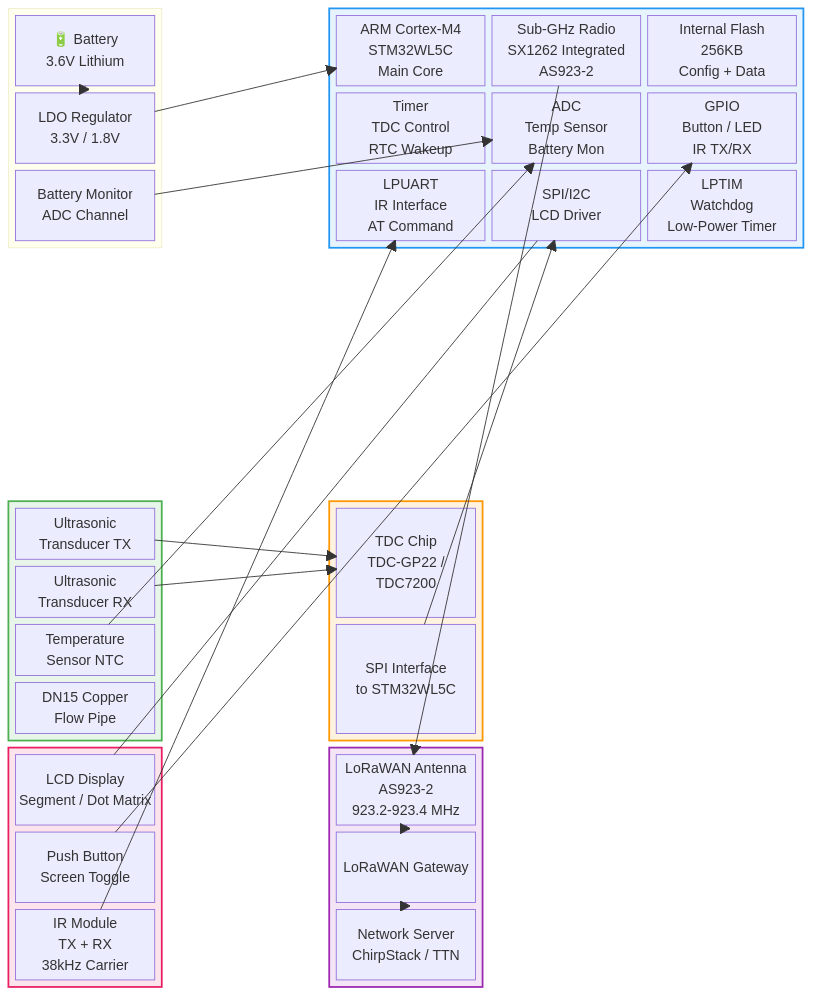
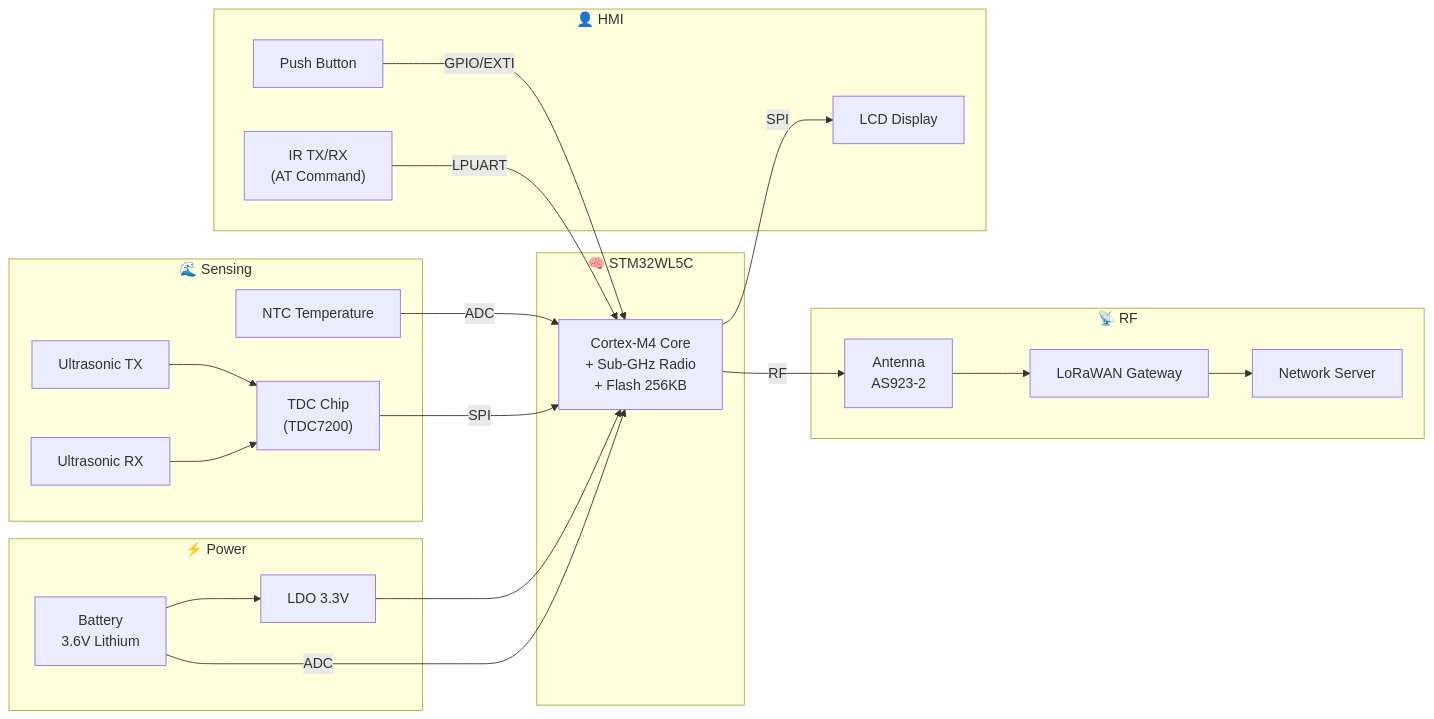
The first of 8 diagrams in documentation/DUT/Firmware_Flowchart_BlockDiagram.md (tuantran0707/WM), drawn with Mermaid before and after one commit. The commit also changed other lines of this file, not shown here.

Commit message:
fix firmware flowchart block diagram

````diff
--- a/documentation/DUT/Firmware_Flowchart_BlockDiagram.md
+++ b/documentation/DUT/Firmware_Flowchart_BlockDiagram.md
@@ -9,87 +9,43 @@
 ```mermaid
-block-beta
-columns 5
+flowchart LR
+    subgraph PWR["⚡ Power"]
+        BAT["Battery<br/>3.6V Lithium"]
+        LDO["LDO 3.3V"]
+        BAT --> LDO
+    end
 
-block:POWER:1
-  columns 1
-  BAT["🔋 Battery\n3.6V Lithium"]
-  LDO["LDO Regulator\n3.3V / 1.8V"]
-  BMON["Battery Monitor\nADC Channel"]
-end
+    subgraph SENS["🌊 Sensing"]
+        US_TX["Ultrasonic TX"]
+        US_RX["Ultrasonic RX"]
+        NTC["NTC Temperature"]
+        TDC["TDC Chip<br/>(TDC7200)"]
+        US_TX --> TDC
+        US_RX --> TDC
+    end
 
-space
+    subgraph MCU["🧠 STM32WL5C"]
+        CORE["Cortex-M4 Core<br/>+ Sub-GHz Radio<br/>+ Flash 256KB"]
+    end
 
-block:MCU:3
-  columns 3
-  style MCU fill:#e8f4fd,stroke:#2196F3,stroke-width:2px
+    subgraph HMI["👤 HMI"]
+        LCD["LCD Display"]
+        BTN["Push Button"]
+        IR["IR TX/RX<br/>(AT Command)"]
+    end
 
-  CORE["ARM Cortex-M4\nSTM32WL5C\nMain Core"]
-  LORA_RF["Sub-GHz Radio\nSX1262 Integrated\nAS923-2"]
-  FLASH["Internal Flash\n256KB\nConfig + Data"]
+    subgraph RF["📡 RF"]
+        ANT["Antenna<br/>AS923-2"]
+        GW["LoRaWAN Gateway"]
+        SRV["Network Server"]
+    end
 
-  TIM["Timer\nTDC Control\nRTC Wakeup"]
-  ADC["ADC\nTemp Sensor\nBattery Mon"]
-  GPIO["GPIO\nButton / LED\nIR TX/RX"]
-
-  LPUART["LPUART\nIR Interface\nAT Command"]
-  SPI_I["SPI/I2C\nLCD Driver"]
-  LPTIM["LPTIM\nWatchdog\nLow-Power Timer"]
-end
-
-space:5
-
-block:SENSORS:1
-  columns 1
-  style SENSORS fill:#e8f5e9,stroke:#4CAF50,stroke-width:2px
-  US_TX["Ultrasonic\nTransducer TX"]
-  US_RX["Ultrasonic\nTransducer RX"]
-  TEMP["Temperature\nSensor NTC"]
-  PIPE["DN15 Copper\nFlow Pipe"]
-end
-
-space
-
-block:TDC_BLOCK:1
-  columns 1
-  style TDC_BLOCK fill:#fff3e0,stroke:#FF9800,stroke-width:2px
-  TDC["TDC Chip\nTDC-GP22 /\nTDC7200"]
-  TDC_SPI["SPI Interface\nto STM32WL5C"]
-end
-
-space:2
-
-block:HMI:1
-  columns 1
-  style HMI fill:#fce4ec,stroke:#E91E63,stroke-width:2px
-  LCD["LCD Display\nSegment / Dot Matrix"]
-  BTN["Push Button\nScreen Toggle"]
-  IR_MOD["IR Module\nTX + RX\n38kHz Carrier"]
-end
-
-space
-
-block:COMM:1
-  columns 1
-  style COMM fill:#f3e5f5,stroke:#9C27B0,stroke-width:2px
-  ANT["LoRaWAN Antenna\nAS923-2\n923.2-923.4 MHz"]
-  GW["LoRaWAN Gateway"]
-  SRV["Network Server\nChirpStack / TTN"]
-end
-
-BAT --> LDO
-LDO --> CORE
-BMON --> ADC
-
-US_TX --> TDC
-US_RX --> TDC
-TEMP --> ADC
-TDC_SPI --> SPI_I
-
-BTN --> GPIO
-LCD --- SPI_I
-IR_MOD --> LPUART
-
-LORA_RF --> ANT
-ANT --> GW
-GW --> SRV
+    LDO --> CORE
+    TDC -- SPI --> CORE
+    NTC -- ADC --> CORE
+    BAT -- ADC --> CORE
+    CORE -- SPI --> LCD
+    BTN -- GPIO/EXTI --> CORE
+    IR -- LPUART --> CORE
+    CORE -- RF --> ANT
+    ANT --> GW --> SRV
 ```
````
